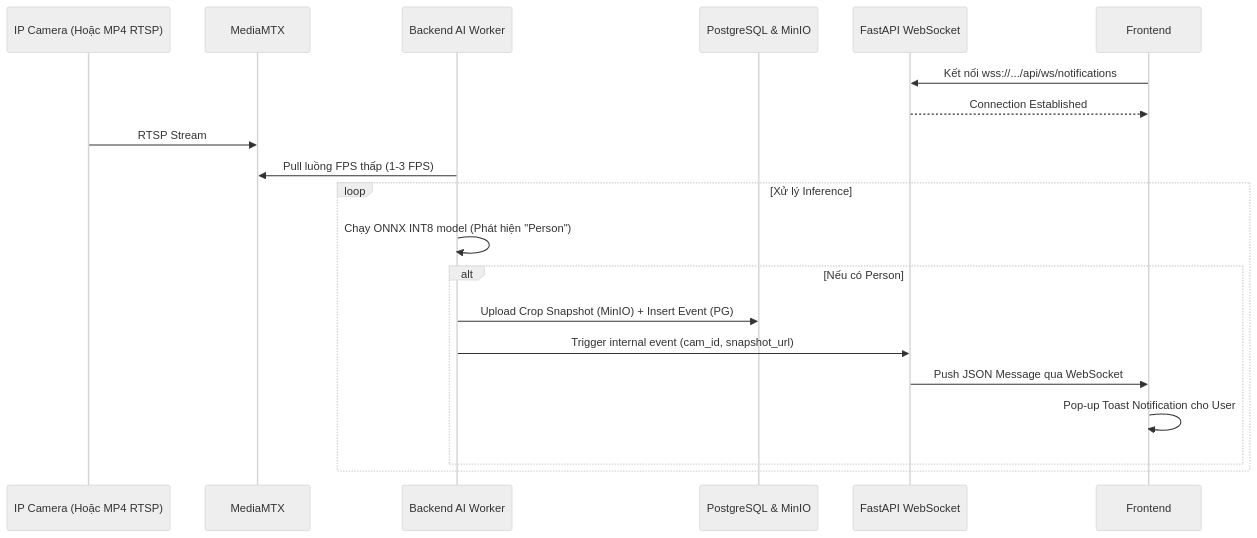
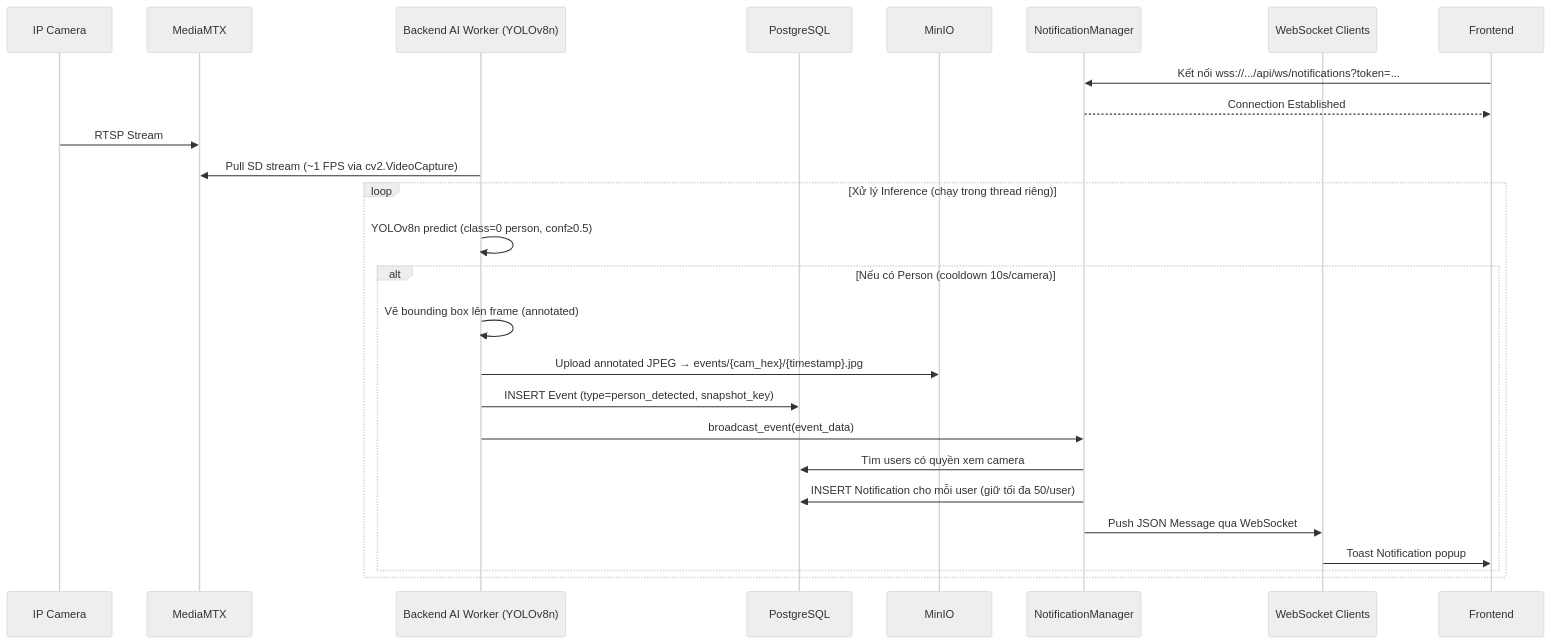
The seventh of 10 diagrams in cam.ai/system_design_2_roles.md (20225760kquang/CNWEB_20252), drawn with Mermaid (neutral theme) before and after one commit. The commit also changed other lines of this file, not shown here.

````diff
--- a/cam.ai/system_design_2_roles.md
+++ b/cam.ai/system_design_2_roles.md
@@ -511,25 +677,31 @@
 ```mermaid
 sequenceDiagram
-    participant CAM as IP Camera (Hoặc MP4 RTSP)
+    participant CAM as IP Camera
     participant MTX as MediaMTX
-    participant AI as Backend AI Worker
-    participant DB as PostgreSQL & MinIO
-    participant WS as FastAPI WebSocket
+    participant AI as Backend AI Worker (YOLOv8n)
+    participant DB as PostgreSQL
+    participant MINIO as MinIO
+    participant NM as NotificationManager
+    participant WS as WebSocket Clients
     participant FE as Frontend
 
-    FE->>WS: Kết nối wss://.../api/ws/notifications
-    WS-->>FE: Connection Established
+    FE->>NM: Kết nối wss://.../api/ws/notifications?token=...
+    NM-->>FE: Connection Established
 
     CAM->>MTX: RTSP Stream
-    AI->>MTX: Pull luồng FPS thấp (1-3 FPS)
-    
-    loop Xử lý Inference
-        AI->>AI: Chạy ONNX INT8 model (Phát hiện "Person")
-        alt Nếu có Person
-            AI->>DB: Upload Crop Snapshot (MinIO) + Insert Event (PG)
-            AI->>WS: Trigger internal event (cam_id, snapshot_url)
-            WS->>FE: Push JSON Message qua WebSocket
-            FE->>FE: Pop-up Toast Notification cho User
+    AI->>MTX: Pull SD stream (~1 FPS via cv2.VideoCapture)
+
+    loop Xử lý Inference (chạy trong thread riêng)
+        AI->>AI: YOLOv8n predict (class=0 person, conf≥0.5)
+        alt Nếu có Person (cooldown 10s/camera)
+            AI->>AI: Vẽ bounding box lên frame (annotated)
+            AI->>MINIO: Upload annotated JPEG → events/{cam_hex}/{timestamp}.jpg
+            AI->>DB: INSERT Event (type=person_detected, snapshot_key)
+            AI->>NM: broadcast_event(event_data)
+            NM->>DB: Tìm users có quyền xem camera
+            NM->>DB: INSERT Notification cho mỗi user (giữ tối đa 50/user)
+            NM->>WS: Push JSON Message qua WebSocket
+            WS->>FE: Toast Notification popup
         end
     end
 ```
````
